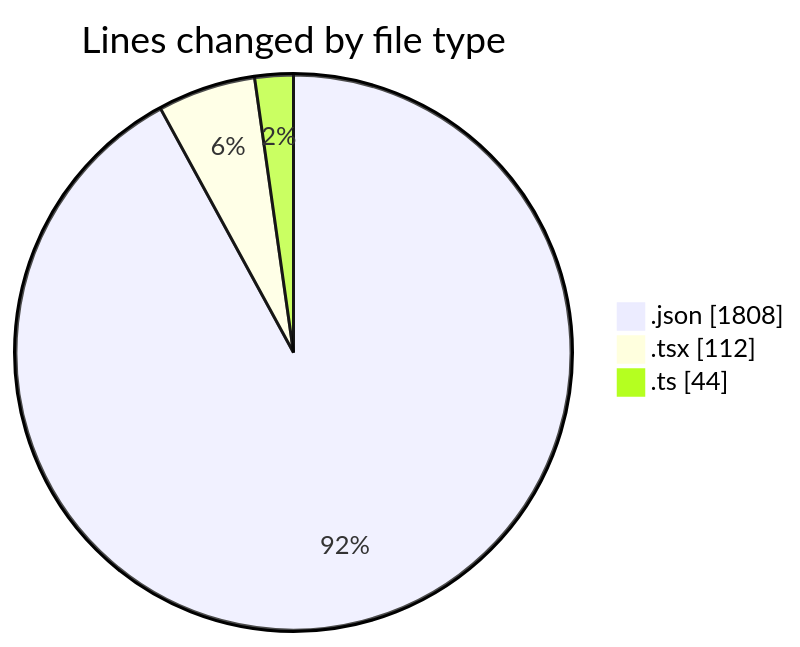
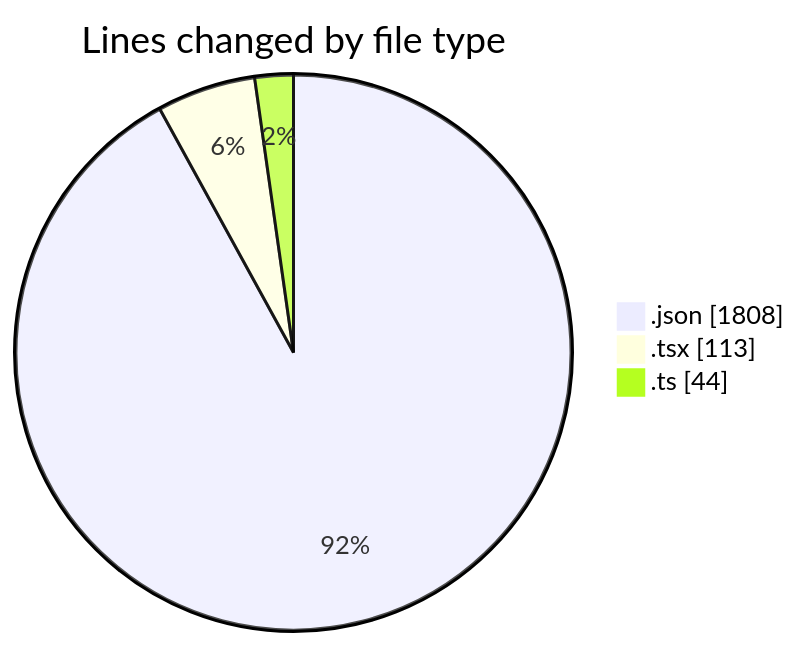
The first of 2 diagrams in 2025-11-19/eventscop-frontend-guide__workspace_/README.md (julien-gomy/code-tracking), drawn with Mermaid before and after one commit. The commit also changed other lines of this file and 1 other file, not shown here.

````diff
--- a/2025-11-19/eventscop-frontend-guide__workspace_/README.md
+++ b/2025-11-19/eventscop-frontend-guide__workspace_/README.md
@@ -30,7 +30,7 @@
 ```mermaid
 pie showData
 title Lines changed by file type
 ".json" : 1808
-".tsx" : 112
+".tsx" : 113
 ".ts" : 44
 ```
````
